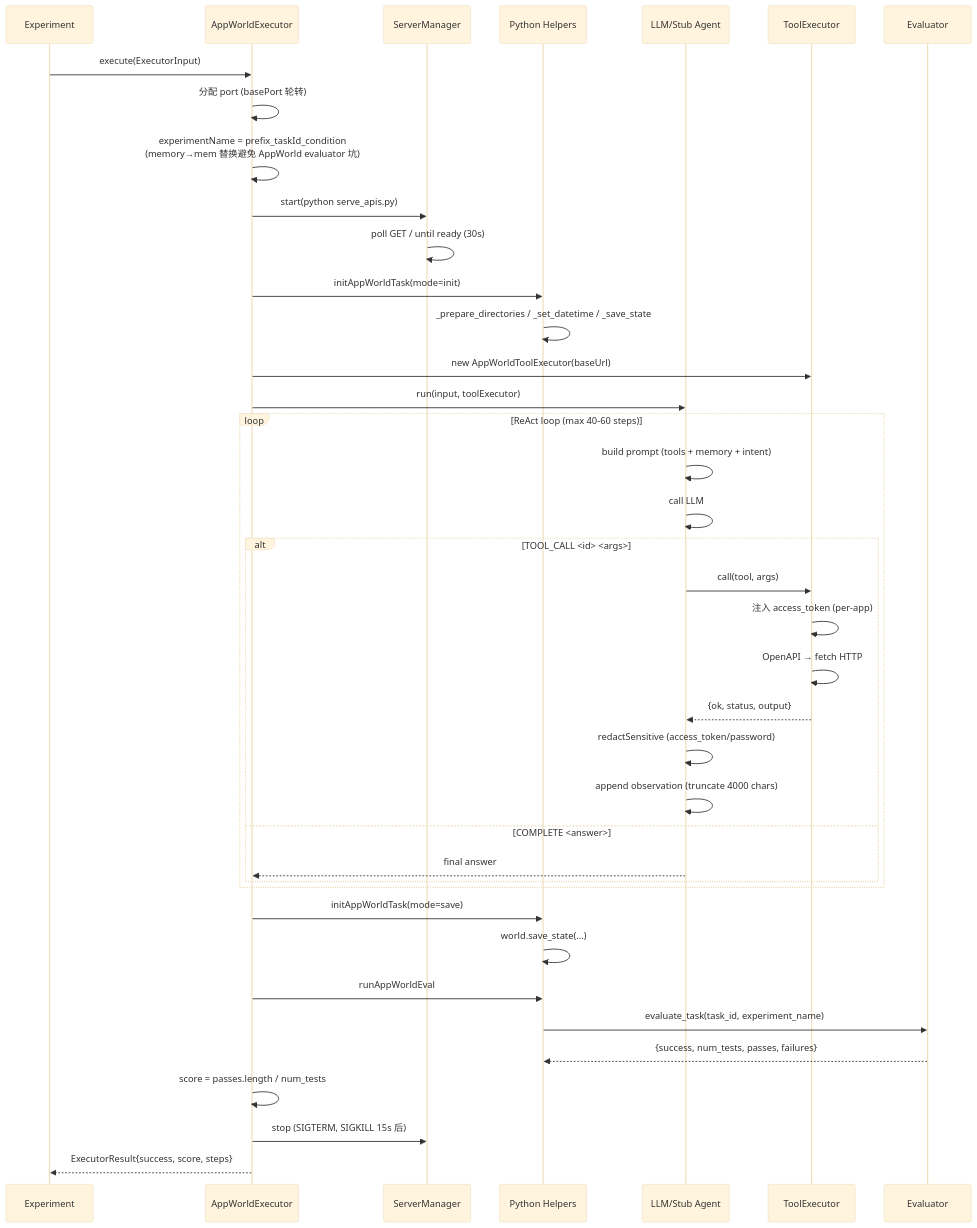
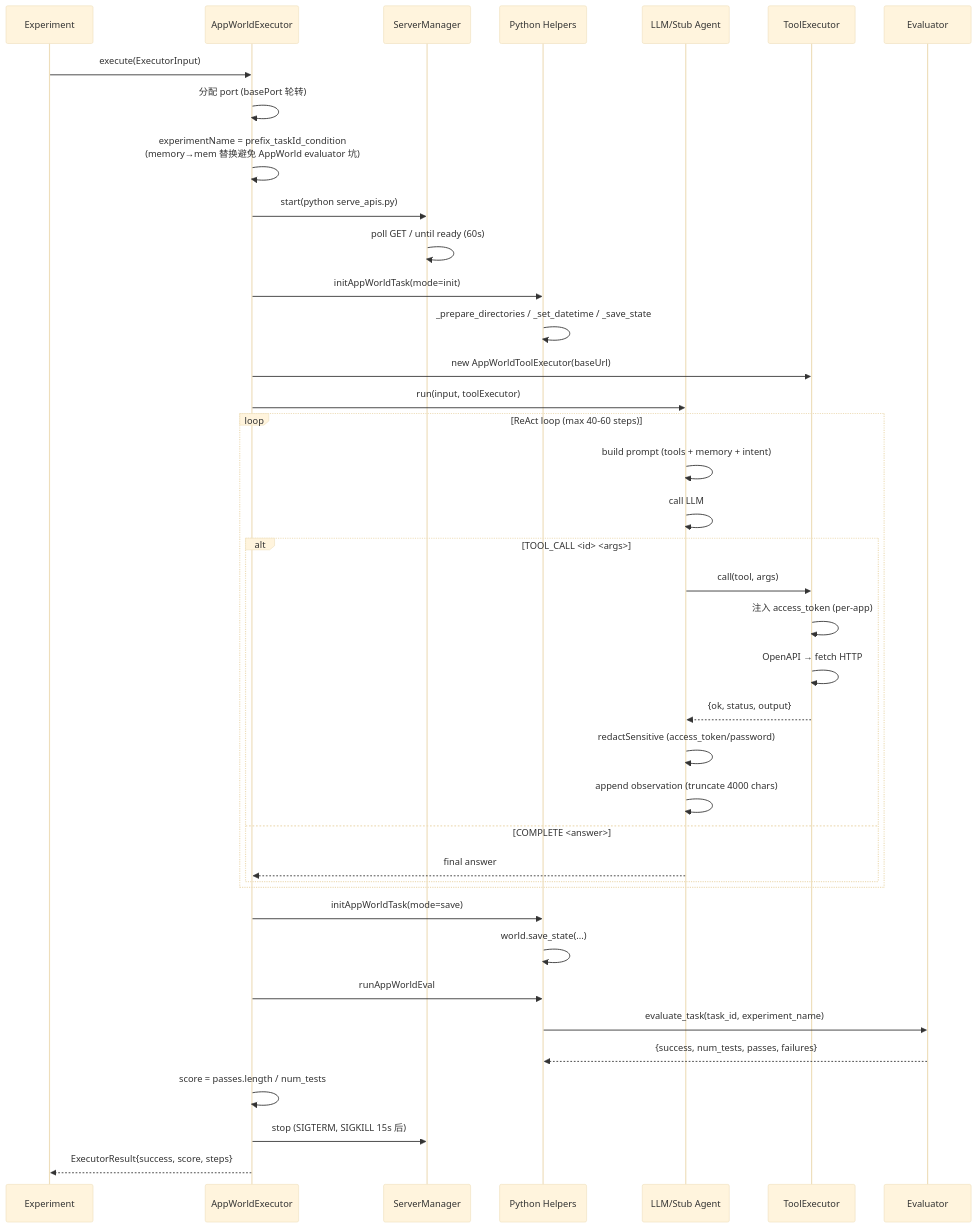
Before and after one commit to YWByte/Prologue: the tenth of 14 diagrams in code.md, drawn with Mermaid (base theme). The commit also changed other lines of this file and 12 other files, not shown here.

````diff
--- a/code.md
+++ b/code.md
@@ -542,44 +542,44 @@
 ```mermaid
 sequenceDiagram
     participant Exp as Experiment
     participant Exec as AppWorldExecutor
     participant Srv as ServerManager
     participant Py as Python Helpers
     participant Agent as LLM/Stub Agent
     participant Tool as ToolExecutor
     participant Eval as Evaluator
 
     Exp->>Exec: execute(ExecutorInput)
     Exec->>Exec: 分配 port (basePort 轮转)
     Exec->>Exec: experimentName = prefix_taskId_condition<br/>(memory→mem 替换避免 AppWorld evaluator 坑)
     Exec->>Srv: start(python serve_apis.py)
-    Srv->>Srv: poll GET / until ready (30s)
+    Srv->>Srv: poll GET / until ready (60s)
     Exec->>Py: initAppWorldTask(mode=init)
     Py->>Py: _prepare_directories / _set_datetime / _save_state
     Exec->>Tool: new AppWorldToolExecutor(baseUrl)
     Exec->>Agent: run(input, toolExecutor)
 
     loop ReAct loop (max 40-60 steps)
         Agent->>Agent: build prompt (tools + memory + intent)
         Agent->>Agent: call LLM
         alt TOOL_CALL <id> <args>
             Agent->>Tool: call(tool, args)
             Tool->>Tool: 注入 access_token (per-app)
             Tool->>Tool: OpenAPI → fetch HTTP
             Tool-->>Agent: {ok, status, output}
             Agent->>Agent: redactSensitive (access_token/password)
             Agent->>Agent: append observation (truncate 4000 chars)
         else COMPLETE <answer>
             Agent-->>Exec: final answer
         end
     end
 
     Exec->>Py: initAppWorldTask(mode=save)
     Py->>Py: world.save_state(...)
     Exec->>Py: runAppWorldEval
     Py->>Eval: evaluate_task(task_id, experiment_name)
     Eval-->>Py: {success, num_tests, passes, failures}
     Exec->>Exec: score = passes.length / num_tests
     Exec->>Srv: stop (SIGTERM, SIGKILL 15s 后)
     Exec-->>Exp: ExecutorResult{success, score, steps}
 ```
````
